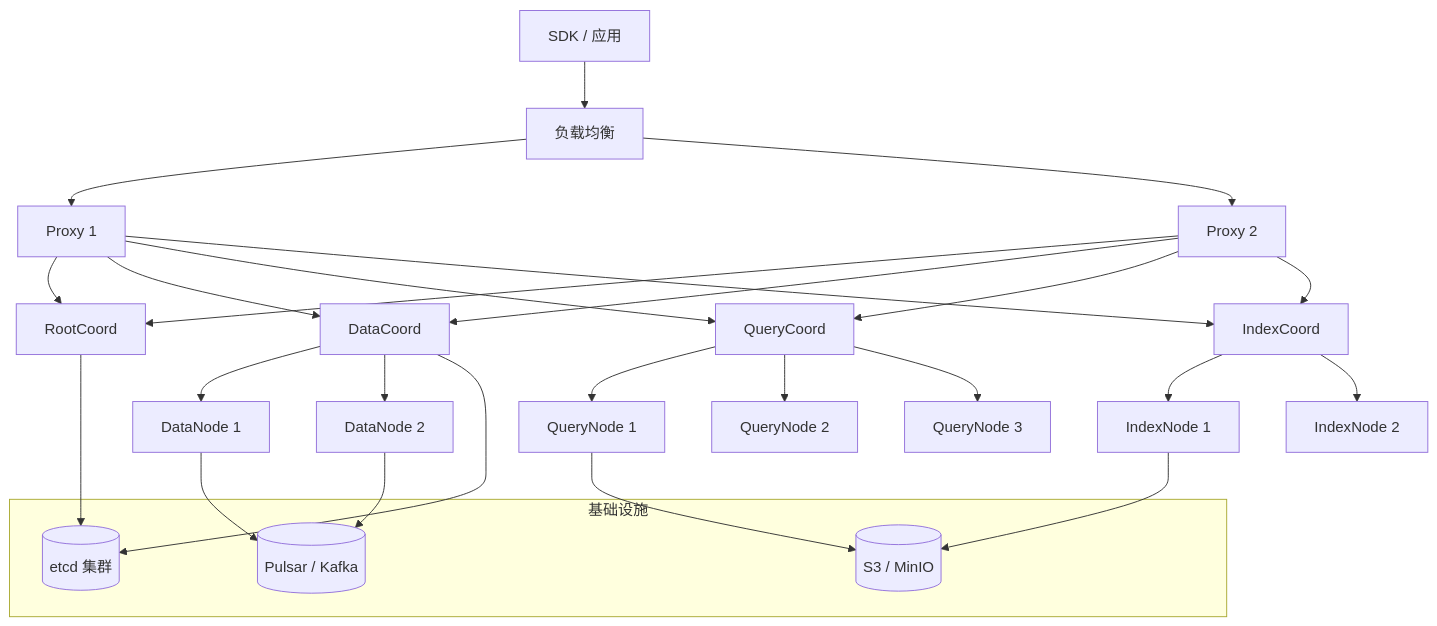
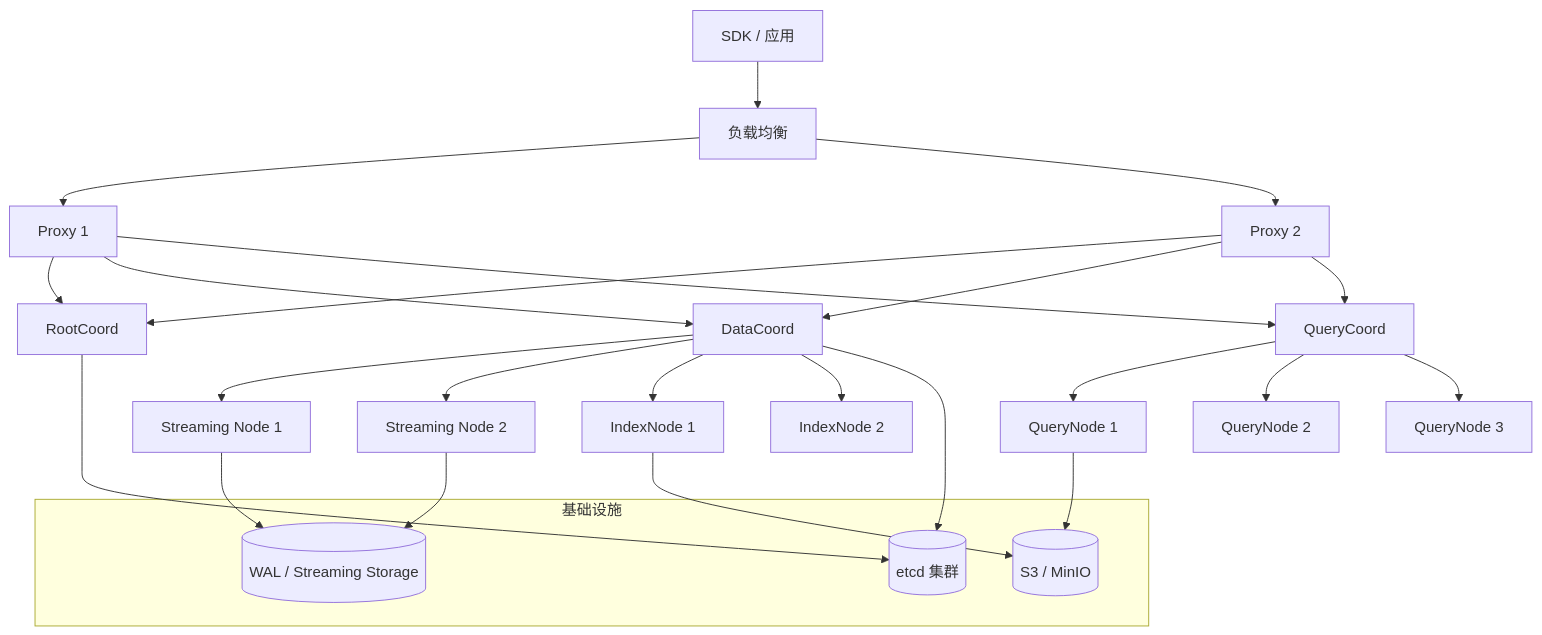
The diagram in milvus-master-course/docs/18-Milvus集群部署.md (yuanmomoya/milvus), drawn with Mermaid before and after one commit. The commit also changed other lines of this file and 341 other files, not shown here.

````diff
--- a/milvus-master-course/docs/18-Milvus集群部署.md
+++ b/milvus-master-course/docs/18-Milvus集群部署.md
@@ -30,36 +30,33 @@
 ```mermaid
 flowchart TB
     Client[SDK / 应用] --> LB[负载均衡]
     LB --> Proxy1[Proxy 1]
     LB --> Proxy2[Proxy 2]
 
     Proxy1 --> RC[RootCoord]
     Proxy1 --> DC[DataCoord]
     Proxy1 --> QC[QueryCoord]
-    Proxy1 --> IC[IndexCoord]
     Proxy2 --> RC
     Proxy2 --> DC
     Proxy2 --> QC
-    Proxy2 --> IC
-
-    DC --> DN1[DataNode 1]
-    DC --> DN2[DataNode 2]
+    DC --> SN1[Streaming Node 1]
+    DC --> SN2[Streaming Node 2]
     QC --> QN1[QueryNode 1]
     QC --> QN2[QueryNode 2]
     QC --> QN3[QueryNode 3]
-    IC --> IN1[IndexNode 1]
-    IC --> IN2[IndexNode 2]
+    DC --> IN1[IndexNode 1]
+    DC --> IN2[IndexNode 2]
 
     subgraph 基础设施
         Etcd[(etcd 集群)]
-        MQ[(Pulsar / Kafka)]
+        WAL[(WAL / Streaming Storage)]
         S3[(S3 / MinIO)]
     end
 
     RC --> Etcd
     DC --> Etcd
-    DN1 --> MQ
-    DN2 --> MQ
+    SN1 --> WAL
+    SN2 --> WAL
     QN1 --> S3
     IN1 --> S3
 ```
````
